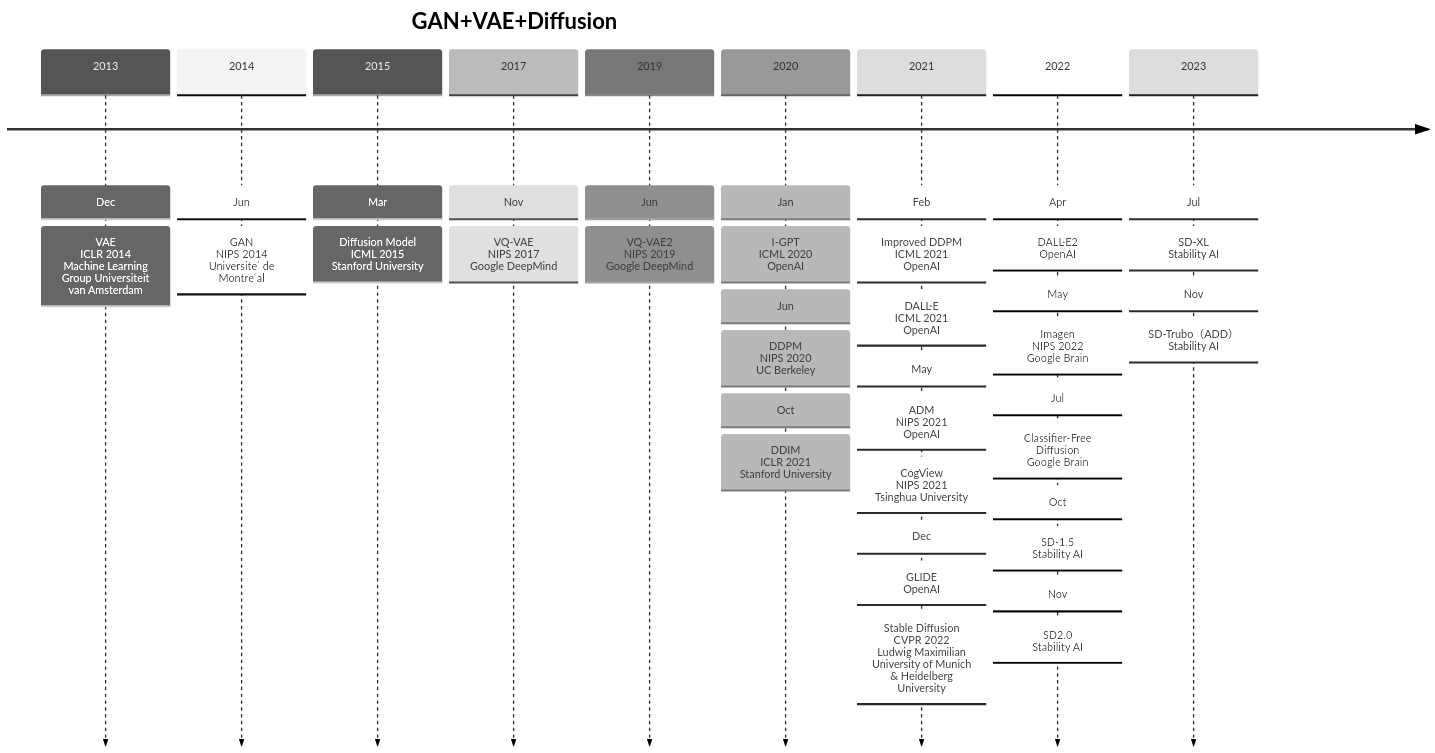
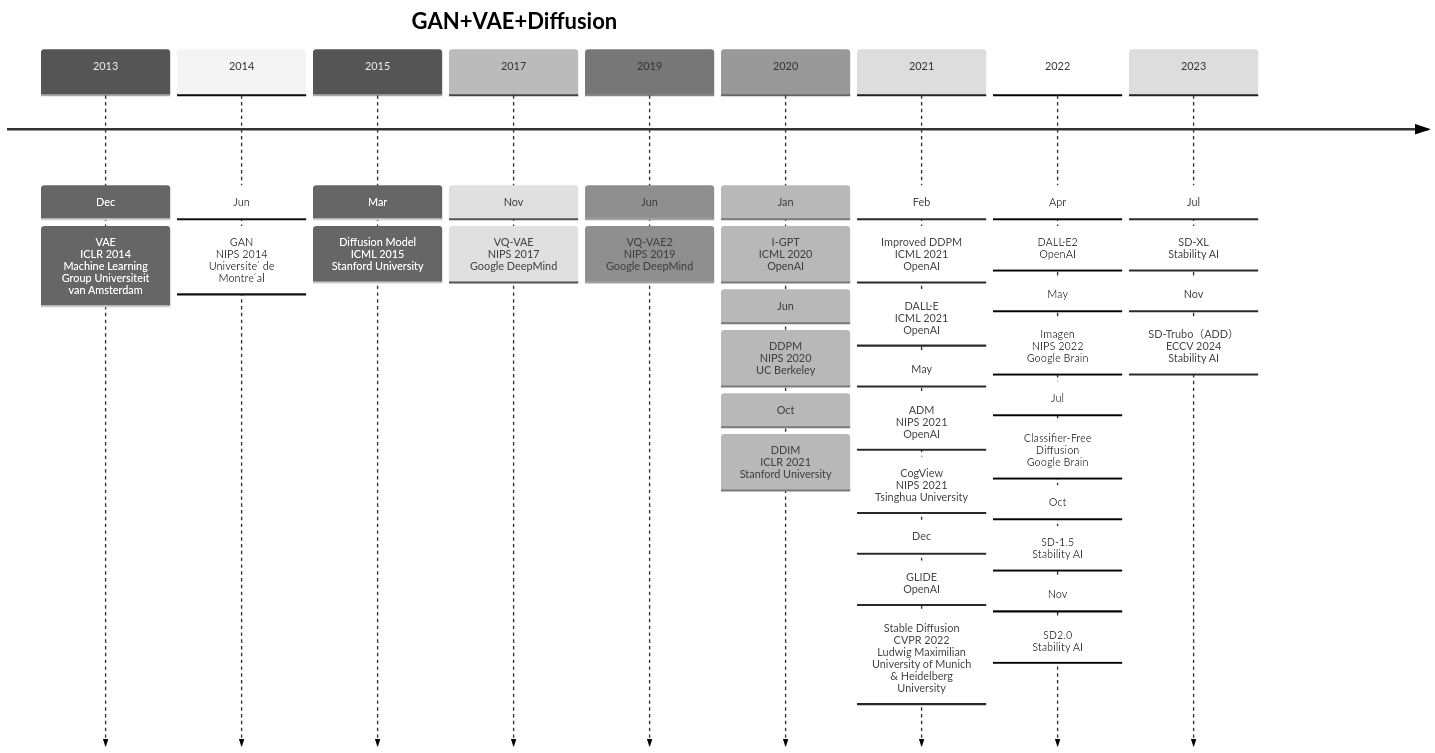
Before and after one commit to Elephant-King9/Paper: the first of 5 diagrams in Base_Model/GAN+VAE+Diffusion/analyse.md, drawn with Mermaid (neutral theme). The commit also changed other lines of this file and 3 other files, not shown here.

````diff
--- a/Base_Model/GAN+VAE+Diffusion/analyse.md
+++ b/Base_Model/GAN+VAE+Diffusion/analyse.md
@@ -5,44 +5,44 @@
 ```mermaid
 timeline
     title GAN+VAE+Diffusion
     2013 : Dec
     		 : VAE<br>ICLR 2014<br>Machine Learning Group Universiteit van Amsterdam
 
     2014 : Jun
     		 : GAN<br>NIPS 2014<br>Universite ́ de Montre ́al
     2015 : Mar
          : Diffusion Model<br>ICML 2015<br>Stanford University
     2017 : Nov
     		 : VQ-VAE<br>NIPS 2017<br>Google DeepMind
     2019 : Jun
     		 : VQ-VAE2<br>NIPS 2019<br>Google DeepMind
     2020 : Jan
     		 : I-GPT<br>ICML 2020<br>OpenAI
     		 : Jun
     		 : DDPM<br>NIPS 2020<br>UC Berkeley
     		 : Oct
     		 : DDIM<br>ICLR 2021<br>Stanford University
     2021 : Feb
     		 : Improved DDPM<br>ICML 2021<br>OpenAI
     		 : DALL·E<br>ICML 2021<br>OpenAI
     		 : May
     		 : ADM<br>NIPS 2021<br>OpenAI
     		 : CogView<br>NIPS 2021<br>Tsinghua University
     		 : Dec
     		 : GLIDE<br>OpenAI
     		 : Stable Diffusion<br>CVPR 2022<br>Ludwig Maximilian University of Munich & Heidelberg University
     2022 : Apr
     		 : DALL·E2<br>OpenAI
     		 : May
     		 : Imagen<br>NIPS 2022<br>Google Brain
     		 : Jul
     		 : Classifier-Free Diffusion<br>Google Brain
     		 : Oct
     		 : SD-1.5<br>Stability AI
     		 : Nov
     		 : SD2.0<br>Stability AI
     2023 : Jul
     		 : SD-XL<br>Stability AI
     		 : Nov
-    		 : SD-Trubo（ADD）<br>Stability AI
+    		 : SD-Trubo（ADD）<br>ECCV 2024<br>Stability AI
 ```
````
